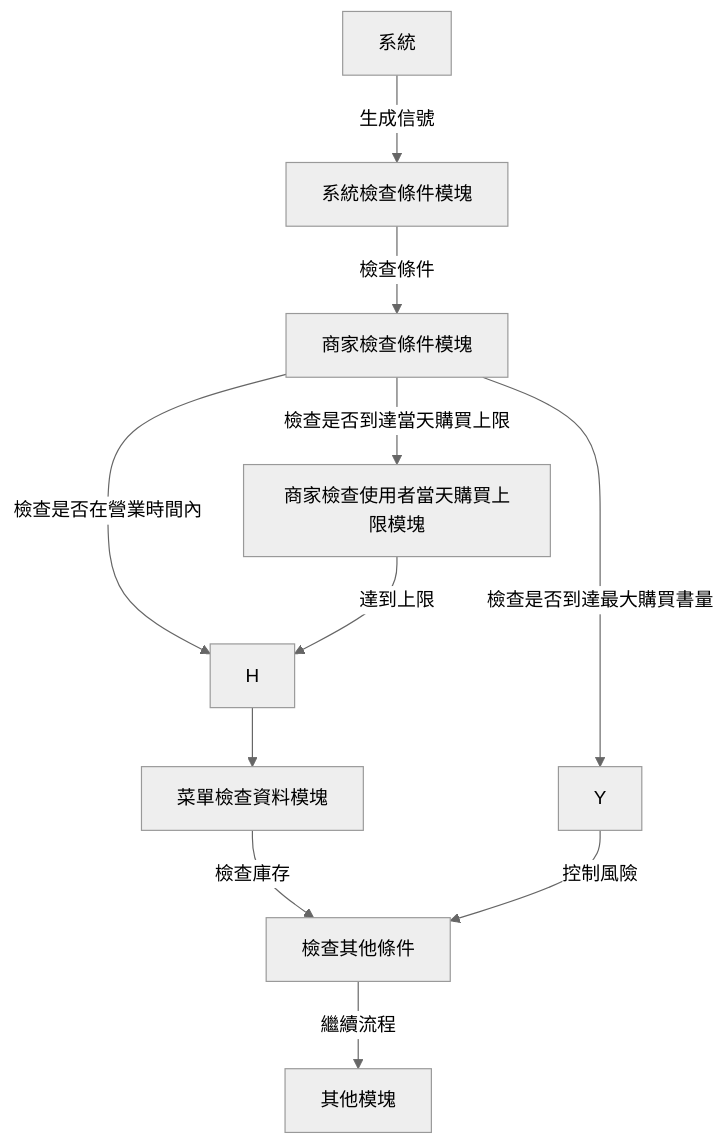
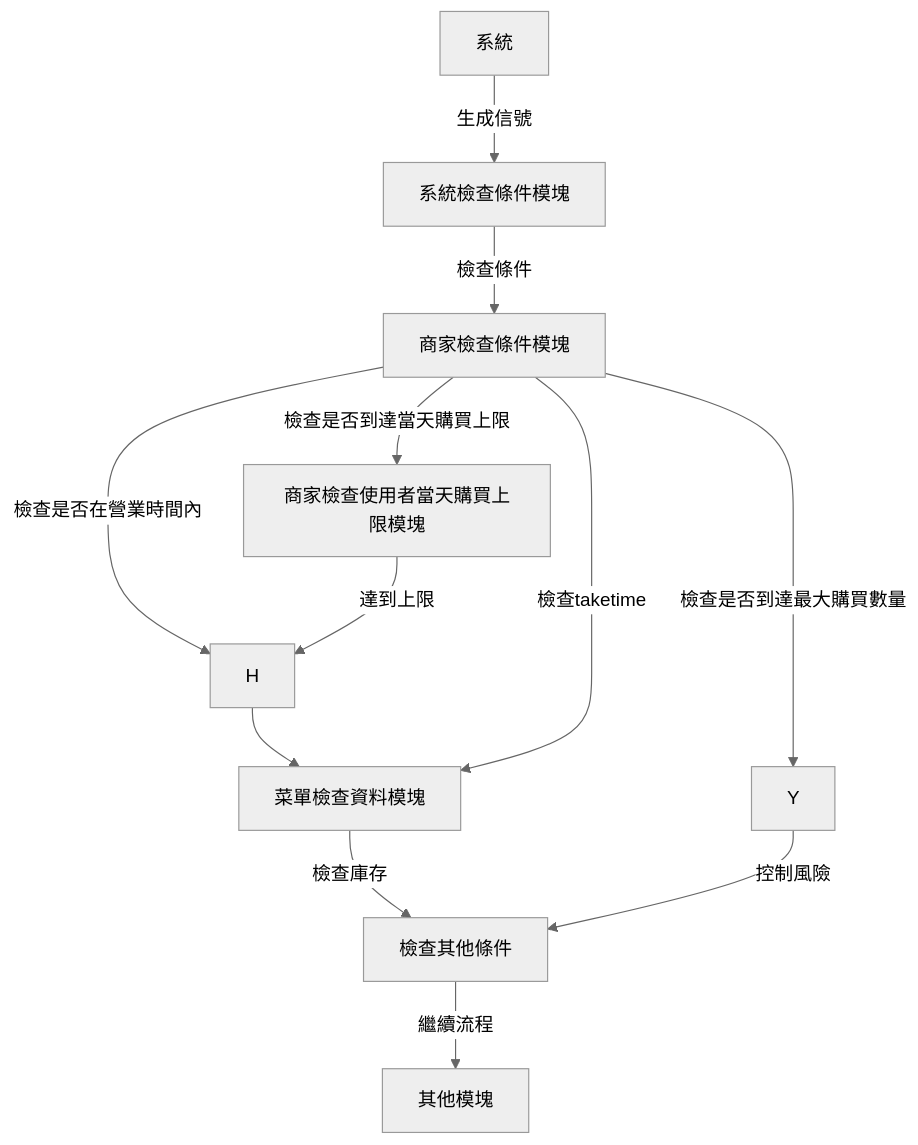
The diagram in cpop-docs/docs/tutorial-trad/trading-check-mermaid.md (Campus-Pre-order-Pass/CPOP), drawn with Mermaid (neutral theme) before and after one commit. The commit also changed 40 other files, not shown here.

````diff
--- a/cpop-docs/docs/tutorial-trad/trading-check-mermaid.md
+++ b/cpop-docs/docs/tutorial-trad/trading-check-mermaid.md
@@ -10,15 +10,16 @@
 ```mermaid
 
 graph TD
   A[系統] -->|生成信號| Z[系統檢查條件模塊]
   Z -->|檢查條件| X[商家檢查條件模塊]
-  X -->|檢查是否到達最大購買書量| Y
+  X -->|檢查是否到達最大購買數量| Y
   X -->|檢查是否在營業時間內| H --> B[菜單檢查資料模塊]
   B -->|檢查庫存| I[檢查其他條件]
+  X -->|檢查taketime| B[菜單檢查資料模塊]
   Y -->|控制風險| I
   I -->|繼續流程| C[其他模塊]
   X -->|檢查是否到達當天購買上限| M[商家檢查使用者當天購買上限模塊]
   M -->|達到上限| H
 
 
 ```
````
